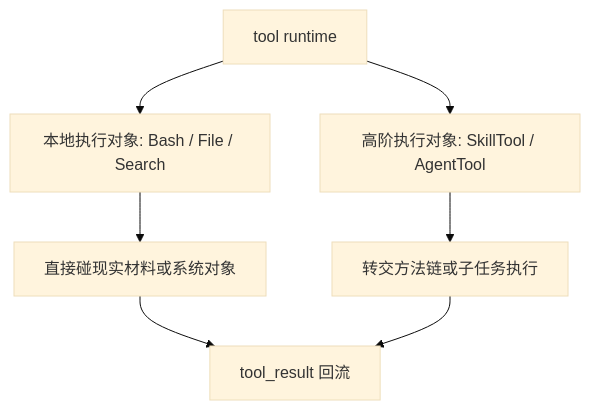
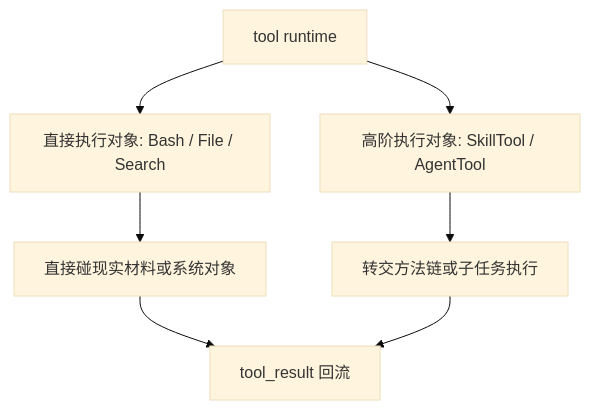
One commit to T0UGH/claude-code-source-guide changed the first of 2 diagrams in docs/guidebookv2/volume-3/10-why-execution-layer-does-not-only-handle-local-tools.md. Above: the diagram before and after it, drawn with Mermaid (base theme). The commit also changed other lines of this file and 5 other files, not shown here.

````diff
--- a/docs/guidebookv2/volume-3/10-why-execution-layer-does-not-only-handle-local-tools.md
+++ b/docs/guidebookv2/volume-3/10-why-execution-layer-does-not-only-handle-local-tools.md
@@ -112,9 +124,9 @@
 ```mermaid
 flowchart TD
-    A[tool runtime] --> B1[本地执行对象: Bash / File / Search]
+    A[tool runtime] --> B1[直接执行对象: Bash / File / Search]
     A --> B2[高阶执行对象: SkillTool / AgentTool]
     B1 --> C[直接碰现实材料或系统对象]
     B2 --> D[转交方法链或子任务执行]
     C --> E[tool_result 回流]
     D --> E
 ```
````
